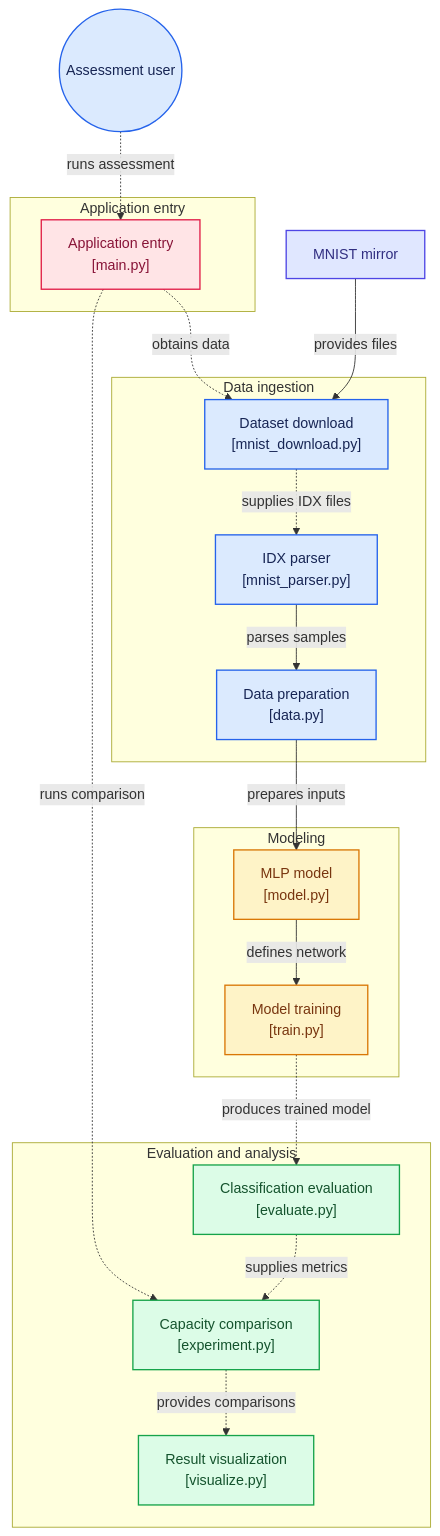
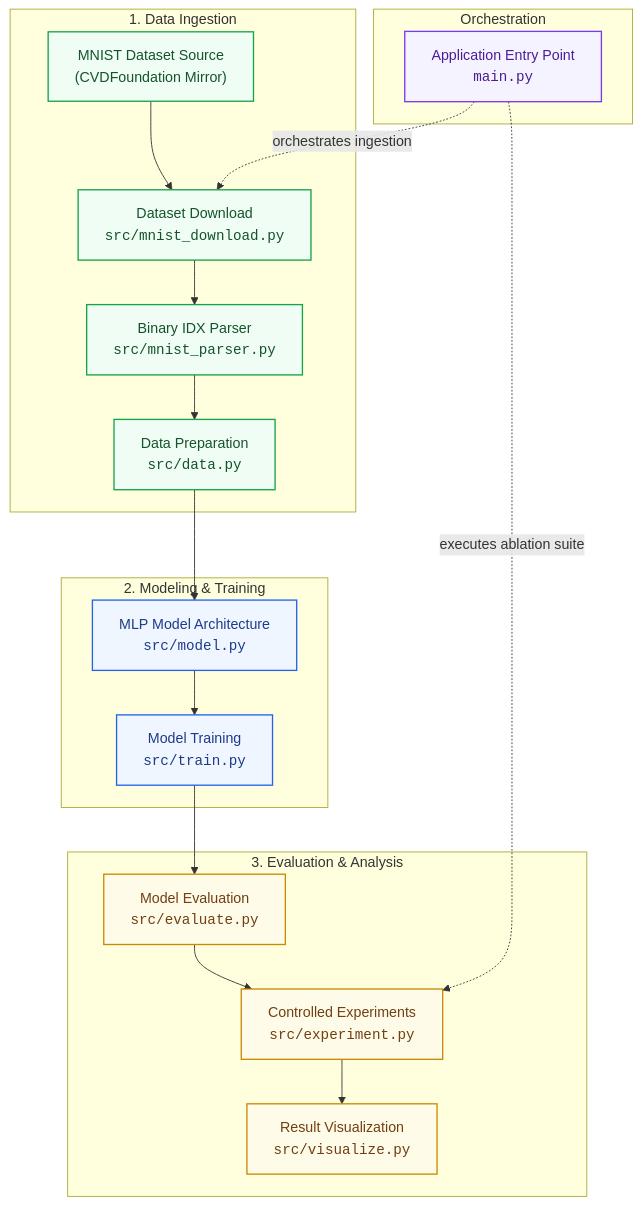
Before and after one commit to Aryan-SZ13/AIML-Recruitment-2026-Aryan-Singh: the diagram in README.md, drawn with Mermaid. The commit also changed other lines of this file and 1 other file, not shown here.

Commit message:
docs: unify architecture diagram to canonical source of truth

````diff
--- a/README.md
+++ b/README.md
@@ -18,63 +15,57 @@
 ```mermaid
-%% Generated by https://gitdiagram.com/aryan-sz13/aiml-recruitment-2026-aryan-singh
 flowchart TD
 
-subgraph group_ingestion["Data ingestion"]
-  node_download["Dataset download<br/>[mnist_download.py]"]
-  node_parser["IDX parser<br/>[mnist_parser.py]"]
-  node_data["Data preparation<br/>[data.py]"]
-end
+    subgraph INGESTION["1. Data Ingestion"]
+        MNIST["MNIST Dataset Source<br/>(CVDFoundation Mirror)"]
+        DOWNLOAD["Dataset Download<br/><code>src/mnist_download.py</code>"]
+        PARSER["Binary IDX Parser<br/><code>src/mnist_parser.py</code>"]
+        DATA["Data Preparation<br/><code>src/data.py</code>"]
+    end
 
-subgraph group_modeling["Modeling"]
-  node_model["MLP model<br/>[model.py]"]
-  node_train["Model training<br/>[train.py]"]
-end
+    subgraph MODELING["2. Modeling & Training"]
+        MODEL["MLP Model Architecture<br/><code>src/model.py</code>"]
+        TRAIN["Model Training<br/><code>src/train.py</code>"]
+    end
 
-subgraph group_analysis["Evaluation and analysis"]
-  node_evaluate["Classification evaluation<br/>[evaluate.py]"]
-  node_experiment["Capacity comparison<br/>[experiment.py]"]
-  node_visualize["Result visualization<br/>[visualize.py]"]
-end
+    subgraph ANALYSIS["3. Evaluation & Analysis"]
+        EVAL["Model Evaluation<br/><code>src/evaluate.py</code>"]
+        EXP["Controlled Experiments<br/><code>src/experiment.py</code>"]
+        VIZ["Result Visualization<br/><code>src/visualize.py</code>"]
+    end
 
-subgraph group_orchestration["Application entry"]
-  node_main["Application entry<br/>[main.py]"]
-end
+    subgraph ORCHESTRATION["Orchestration"]
+        MAIN["Application Entry Point<br/><code>main.py</code>"]
+    end
 
-node_user(("Assessment user"))
-node_mnist["MNIST mirror"]
+    MNIST --> DOWNLOAD
+    DOWNLOAD --> PARSER
+    PARSER --> DATA
+    DATA --> MODEL
+    MODEL --> TRAIN
+    TRAIN --> EVAL
+    EVAL --> EXP
+    EXP --> VIZ
 
-node_user -.->|"runs assessment"| node_main
-node_main -.->|"obtains data"| node_download
-node_mnist -->|"provides files"| node_download
-node_download -.->|"supplies IDX files"| node_parser
-node_parser -->|"parses samples"| node_data
-node_data -->|"prepares inputs"| node_model
-node_model -->|"defines network"| node_train
-node_train -.->|"produces trained model"| node_evaluate
-node_evaluate -.->|"supplies metrics"| node_experiment
-node_experiment -.->|"provides comparisons"| node_visualize
-node_main -.->|"runs comparison"| node_experiment
+    MAIN -.->|"orchestrates ingestion"| DOWNLOAD
+    MAIN -.->|"executes ablation suite"| EXP
 
-click node_download "https://github.com/aryan-sz13/aiml-recruitment-2026-aryan-singh/blob/main/src/mnist_download.py"
-click node_parser "https://github.com/aryan-sz13/aiml-recruitment-2026-aryan-singh/blob/main/src/mnist_parser.py"
-click node_data "https://github.com/aryan-sz13/aiml-recruitment-2026-aryan-singh/blob/main/src/data.py"
-click node_model "https://github.com/aryan-sz13/aiml-recruitment-2026-aryan-singh/blob/main/src/model.py"
-click node_train "https://github.com/aryan-sz13/aiml-recruitment-2026-aryan-singh/blob/main/src/train.py"
-click node_evaluate "https://github.com/aryan-sz13/aiml-recruitment-2026-aryan-singh/blob/main/src/evaluate.py"
-click node_experiment "https://github.com/aryan-sz13/aiml-recruitment-2026-aryan-singh/blob/main/src/experiment.py"
-click node_visualize "https://github.com/aryan-sz13/aiml-recruitment-2026-aryan-singh/blob/main/src/visualize.py"
-click node_main "https://github.com/aryan-sz13/aiml-recruitment-2026-aryan-singh/blob/main/main.py"
+    click DOWNLOAD "https://github.com/Aryan-SZ13/AIML-Recruitment-2026-Aryan-Singh/blob/main/src/mnist_download.py"
+    click PARSER "https://github.com/Aryan-SZ13/AIML-Recruitment-2026-Aryan-Singh/blob/main/src/mnist_parser.py"
+    click DATA "https://github.com/Aryan-SZ13/AIML-Recruitment-2026-Aryan-Singh/blob/main/src/data.py"
+    click MODEL "https://github.com/Aryan-SZ13/AIML-Recruitment-2026-Aryan-Singh/blob/main/src/model.py"
+    click TRAIN "https://github.com/Aryan-SZ13/AIML-Recruitment-2026-Aryan-Singh/blob/main/src/train.py"
+    click EVAL "https://github.com/Aryan-SZ13/AIML-Recruitment-2026-Aryan-Singh/blob/main/src/evaluate.py"
+    click EXP "https://github.com/Aryan-SZ13/AIML-Recruitment-2026-Aryan-Singh/blob/main/src/experiment.py"
+    click VIZ "https://github.com/Aryan-SZ13/AIML-Recruitment-2026-Aryan-Singh/blob/main/src/visualize.py"
+    click MAIN "https://github.com/Aryan-SZ13/AIML-Recruitment-2026-Aryan-Singh/blob/main/main.py"
 
-classDef toneNeutral fill:#f8fafc,stroke:#334155,stroke-width:1.5px,color:#0f172a
-classDef toneBlue fill:#dbeafe,stroke:#2563eb,stroke-width:1.5px,color:#172554
-classDef toneAmber fill:#fef3c7,stroke:#d97706,stroke-width:1.5px,color:#78350f
-classDef toneMint fill:#dcfce7,stroke:#16a34a,stroke-width:1.5px,color:#14532d
-classDef toneRose fill:#ffe4e6,stroke:#e11d48,stroke-width:1.5px,color:#881337
-classDef toneIndigo fill:#e0e7ff,stroke:#4f46e5,stroke-width:1.5px,color:#312e81
-classDef toneTeal fill:#ccfbf1,stroke:#0f766e,stroke-width:1.5px,color:#134e4a
-class node_download,node_parser,node_data,node_user toneBlue
-class node_model,node_train toneAmber
-class node_evaluate,node_experiment,node_visualize toneMint
-class node_main toneRose
-class node_mnist toneIndigo
+    classDef ingestion fill:#f0fdf4,stroke:#16a34a,stroke-width:1.5px,color:#14532d
+    classDef modeling fill:#eff6ff,stroke:#2563eb,stroke-width:1.5px,color:#1e3a8a
+    classDef analysis fill:#fefce8,stroke:#ca8a04,stroke-width:1.5px,color:#713f12
+    classDef orchestration fill:#f5f3ff,stroke:#7c3aed,stroke-width:1.5px,color:#4c1d95
+
+    class MNIST,DOWNLOAD,PARSER,DATA ingestion
+    class MODEL,TRAIN modeling
+    class EVAL,EXP,VIZ analysis
+    class MAIN orchestration
 ```
````
